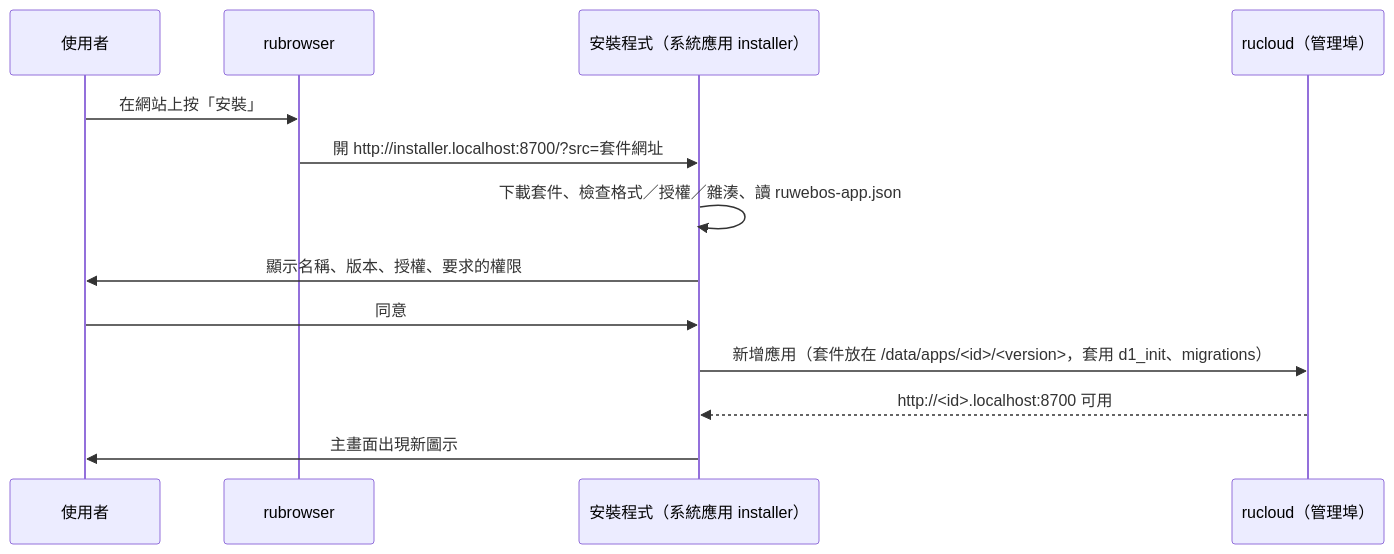
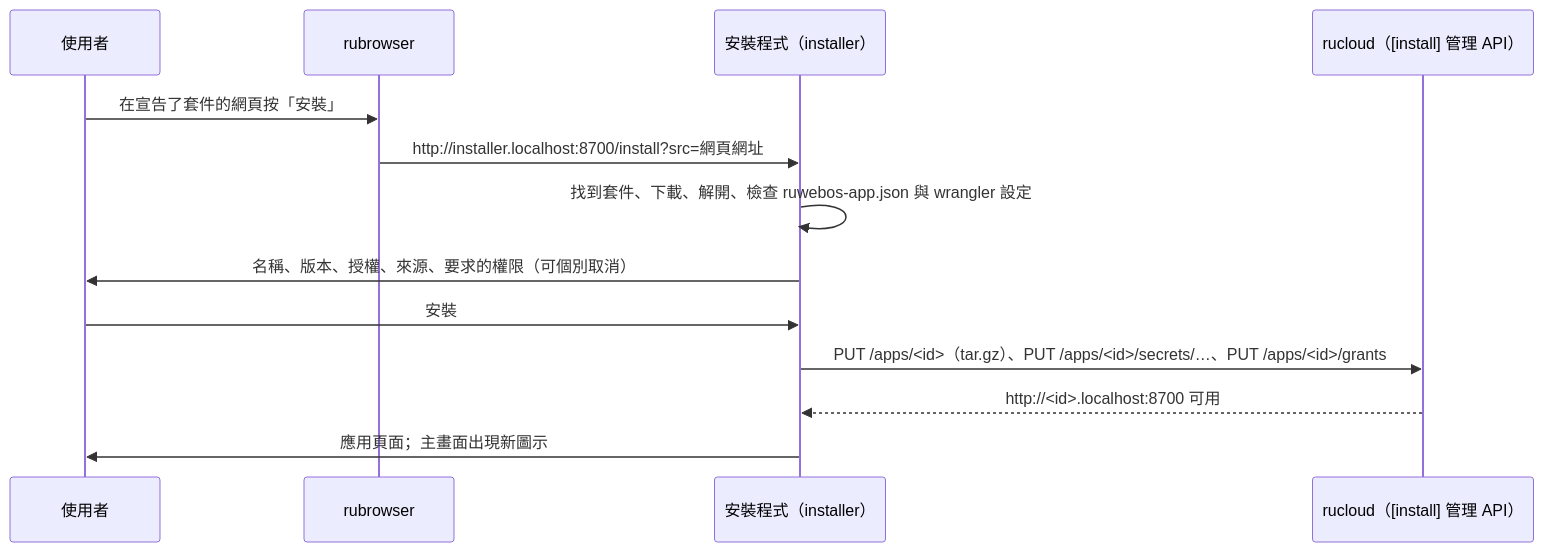
Before and after one commit to ccc-claude-opus/ruwebos: the diagram in doc/install.md, drawn with Mermaid. The commit also changed other lines of this file and 34 other files, not shown here.

````diff
--- a/doc/install.md
+++ b/doc/install.md
@@ -42,15 +20,15 @@
 ```mermaid
 sequenceDiagram
   participant U as 使用者
   participant B as rubrowser
-  participant I as 安裝程式（系統應用 installer）
-  participant R as rucloud（管理埠）
-  U->>B: 在網站上按「安裝」
-  B->>I: 開 http://installer.localhost:8700/?src=套件網址
-  I->>I: 下載套件、檢查格式／授權／雜湊、讀 ruwebos-app.json
-  I->>U: 顯示名稱、版本、授權、要求的權限
-  U->>I: 同意
-  I->>R: 新增應用（套件放在 /data/apps/<id>/<version>，套用 d1_init、migrations）
+  participant I as 安裝程式（installer）
+  participant R as rucloud（[install] 管理 API）
+  U->>B: 在宣告了套件的網頁按「安裝」
+  B->>I: http://installer.localhost:8700/install?src=網頁網址
+  I->>I: 找到套件、下載、解開、檢查 ruwebos-app.json 與 wrangler 設定
+  I->>U: 名稱、版本、授權、來源、要求的權限（可個別取消）
+  U->>I: 安裝
+  I->>R: PUT /apps/<id>（tar.gz）、PUT /apps/<id>/secrets/…、PUT /apps/<id>/grants
   R-->>I: http://<id>.localhost:8700 可用
-  I->>U: 主畫面出現新圖示
+  I->>U: 應用頁面；主畫面出現新圖示
 ```
````
